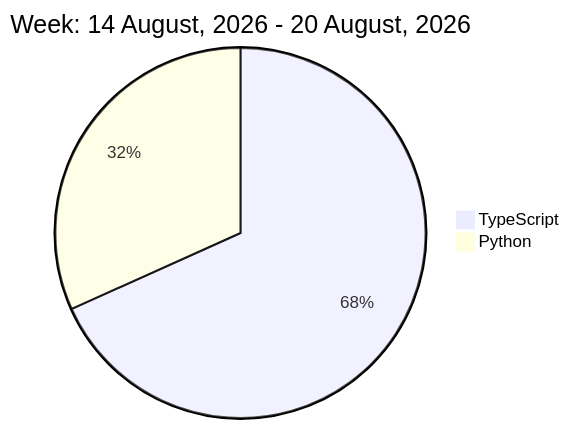
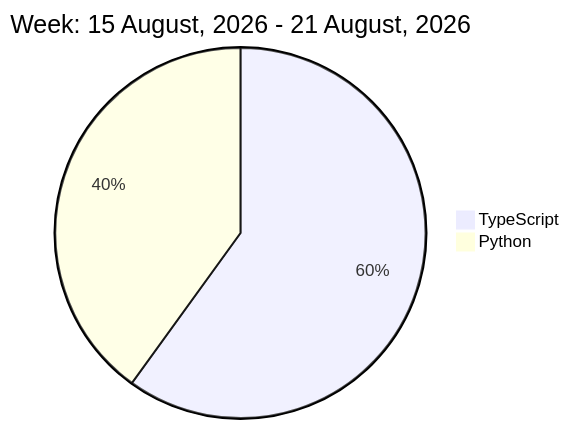
Before and after one commit to liubin95/liubin95: the diagram in README.md, drawn with Mermaid.

Commit message:
Updated the Graph with new Metrics

````diff
--- a/README.md
+++ b/README.md
@@ -32,6 +32,6 @@
 ```mermaid
  pie
-title Week: 14 August, 2026 - 20 August, 2026
- "TypeScript" : 4.8
- "Python" : 2.23
+title Week: 15 August, 2026 - 21 August, 2026
+ "TypeScript" : 4.15
+ "Python" : 2.77
 ```
````
